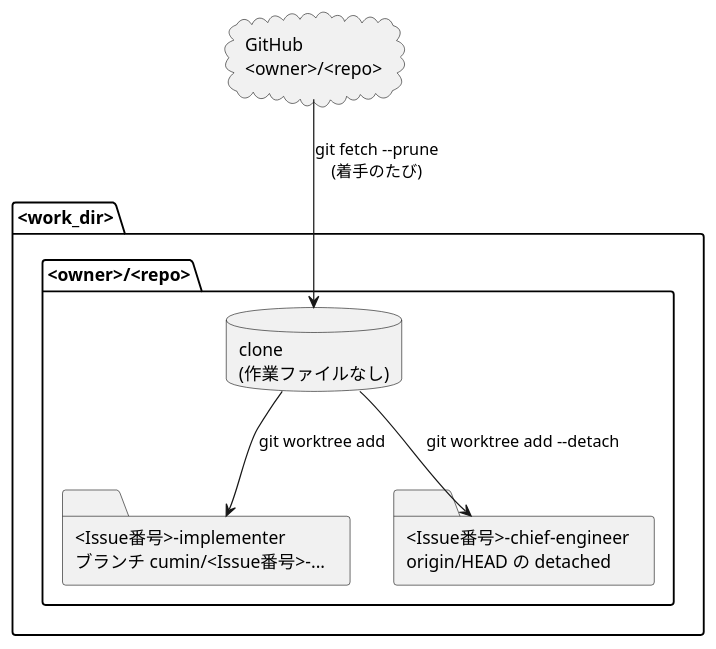
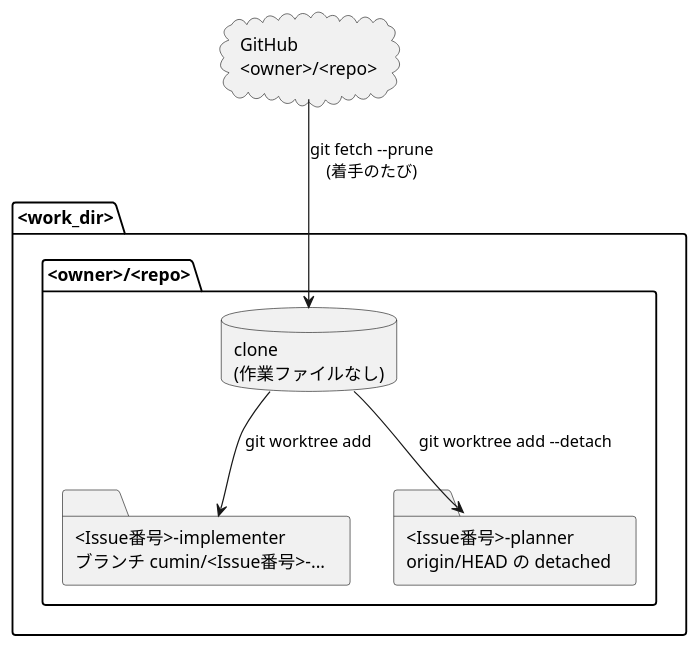
One commit to cloveclovedev/cumin-works changed the diagram in docs/ja/designs/agent-run-layout.puml. Above: the diagram before and after it, drawn with PlantUML. The commit also changed 50 other files, not shown here.

First line of the commit message:
refactor: rename the Chief Engineer role to the Planner

```diff
--- a/docs/ja/designs/agent-run-layout.puml
+++ b/docs/ja/designs/agent-run-layout.puml
@@ -1,18 +1,18 @@
 @startuml agent-run-layout
 skinparam shadowing false
 skinparam defaultFontName sans-serif
 
 cloud "GitHub\n<owner>/<repo>" as github
 
 folder "<work_dir>" as workdir {
   folder "<owner>/<repo>" as repo {
     database "clone\n(作業ファイルなし)" as clone
     folder "<Issue番号>-implementer\nブランチ cumin/<Issue番号>-..." as implementer
-    folder "<Issue番号>-chief-engineer\norigin/HEAD の detached" as chief
+    folder "<Issue番号>-planner\norigin/HEAD の detached" as planner
   }
 }
 
 github --> clone : git fetch --prune\n(着手のたび)
 clone --> implementer : git worktree add
-clone --> chief : git worktree add --detach
+clone --> planner : git worktree add --detach
 @enduml
```
